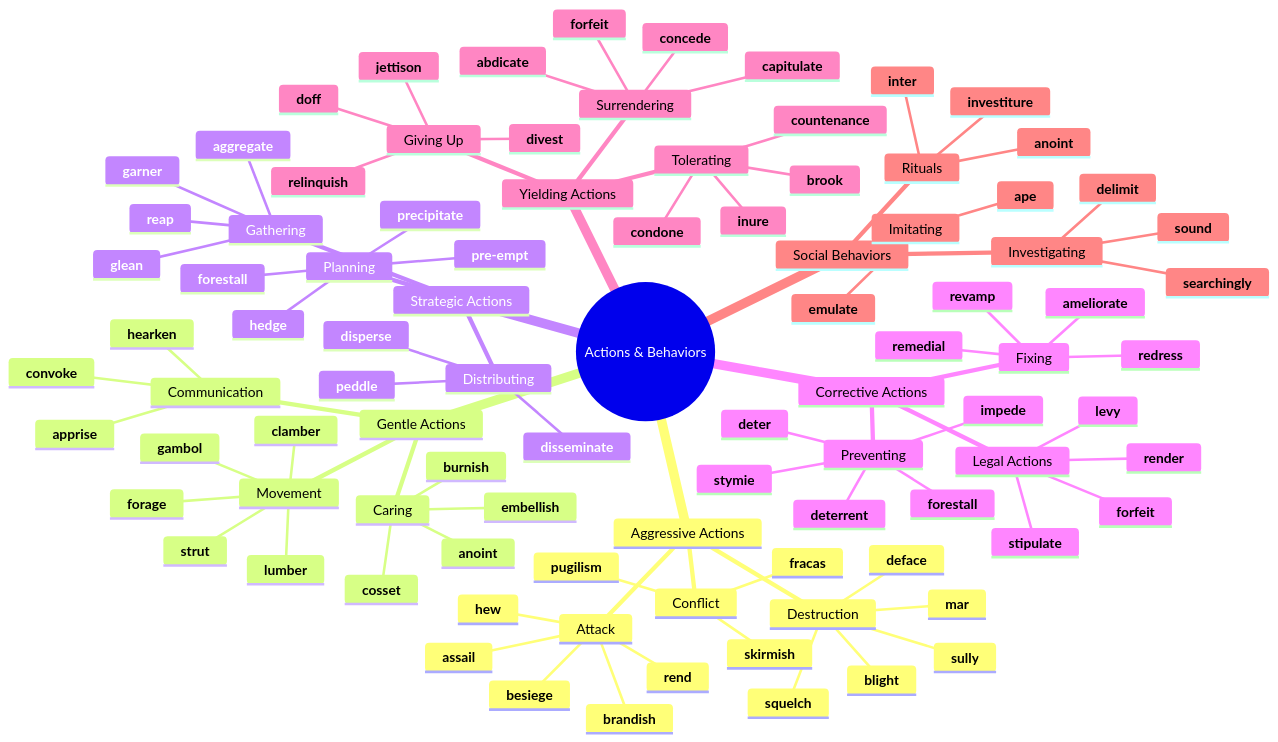
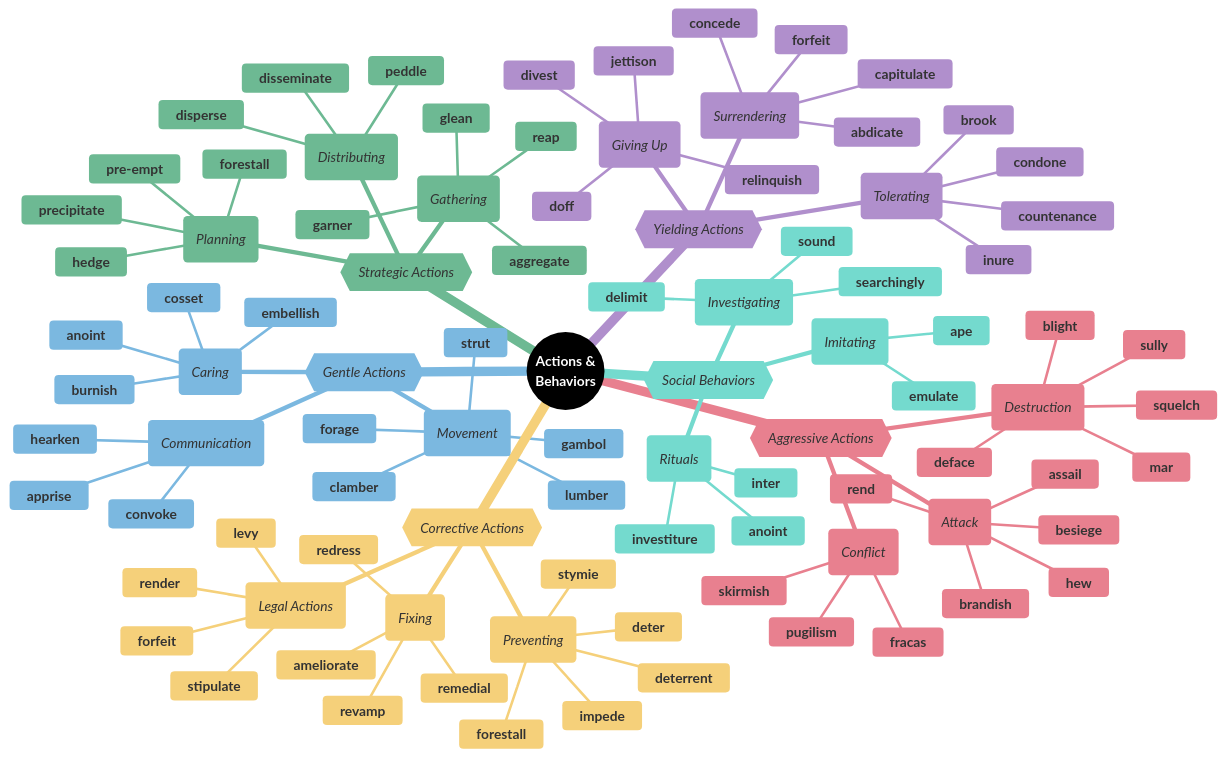
The first of 8 diagrams in mindmaps/17-actions-and-behaviors.md (95anantsingh/gre-preparation), drawn with Mermaid before and after one commit. The commit also changed other lines of this file and 14 other files, not shown here.

````diff
--- a/mindmaps/17-actions-and-behaviors.md
+++ b/mindmaps/17-actions-and-behaviors.md
@@ -5,96 +5,115 @@
 ```mermaid
+%%{
+  init: {
+    "theme": "base",
+    "themeVariables": {
+      "primaryColor": "#000000",
+      "cScale1": "#e8808f",  "cScaleInv1": "#a33445",
+      "cScale2": "#7bb8e0",  "cScaleInv2": "#266a93",
+      "cScale3": "#6db993",  "cScaleInv3": "#23543f",
+      "cScale4": "#f5d07a",  "cScaleInv4": "#c4903b",
+      "cScale5": "#b08fcc",  "cScaleInv5": "#5d3b75",
+      "cScale6": "#74dace",  "cScaleInv6": "#217d72",
+      "cScale7": "#f09570",  "cScaleInv7": "#b84112",
+      "cScale8": "#8ea8c2",  "cScaleInv8": "#32465e",
+      "cScale9": "#cc7fba",  "cScaleInv9": "#7d2868",
+      "cScale10": "#c99a78", "cScaleInv10": "#7c4e32",
+      "cScale11": "#a3a3a3", "cScaleInv11": "#3d3d3d"
+    }
+  }
+}%%
 mindmap
-  root((Actions & Behaviors))
-    Aggressive Actions
-      Attack
+  root((<font color=white>**Actions & </br>Behaviors**</font>))
+    {{_Aggressive Actions_}}
+      (_Attack_)
         **assail**
         **besiege**
         **brandish**
         **rend**
         **hew**
-      Destruction
+      (_Destruction_)
         **mar**
         **deface**
         **blight**
         **sully**
         **squelch**
-      Conflict
+      (_Conflict_)
         **fracas**
         **pugilism**
         **skirmish**
-    Gentle Actions
-      Caring
+    {{_Gentle Actions_}}
+      (_Caring_)
         **cosset**
         **anoint**
         **burnish**
         **embellish**
-      Movement
+      (_Movement_)
         **gambol**
         **clamber**
         **lumber**
         **strut**
         **forage**
-      Communication
+      (_Communication_)
         **convoke**
         **apprise**
         **hearken**
-    Strategic Actions
-      Planning
+    {{_Strategic Actions_}}
+      (_Planning_)
         **forestall**
         **pre-empt**
         **precipitate**
         **hedge**
-      Gathering
+      (_Gathering_)
         **garner**
         **glean**
         **reap**
         **aggregate**
-      Distributing
+      (_Distributing_)
         **peddle**
         **disperse**
         **disseminate**
-    Corrective Actions
-      Fixing
+    {{_Corrective Actions_}}
+      (_Fixing_)
         **redress**
         **remedial**
         **revamp**
         **ameliorate**
-      Preventing
+      (_Preventing_)
         **deter**
         **deterrent**
         **stymie**
         **impede**
         **forestall**
-      Legal Actions
+      (_Legal Actions_)
         **stipulate**
         **forfeit**
         **render**
         **levy**
-    Yielding Actions
-      Surrendering
+    {{_Yielding Actions_}}
+      (_Surrendering_)
         **concede**
         **abdicate**
         **capitulate**
         **forfeit**
-      Tolerating
+      (_Tolerating_)
         **brook**
         **condone**
         **countenance**
         **inure**
-      Giving Up
+      (_Giving Up_)
         **jettison**
         **divest**
         **doff**
         **relinquish**
-    Social Behaviors
-      Imitating
+    {{_Social Behaviors_}}
+      (_Imitating_)
         **emulate**
         **ape**
-      Investigating
+      (_Investigating_)
         **searchingly**
         **sound**
         **delimit**
-      Rituals
+      (_Rituals_)
         **anoint**
         **inter**
         **investiture**
````
